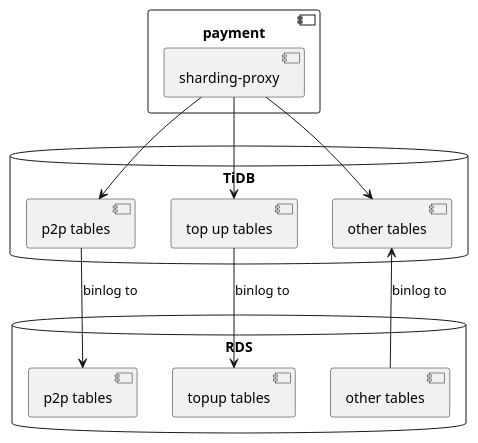
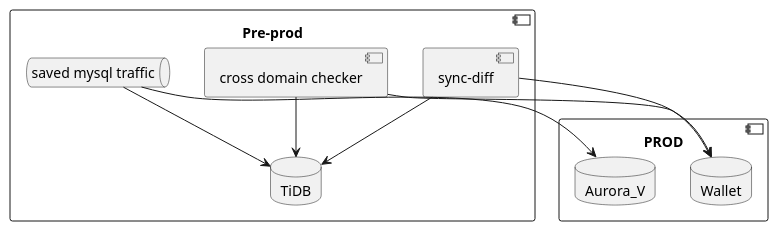
One commit to george24601/notes changed the second of 9 diagrams in mgmt/plan.plantuml. Above: the diagram before and after it, drawn with PlantUML. The commit also changed other lines of this file and 9 other files, not shown here.

```diff
--- a/mgmt/plan.plantuml
+++ b/mgmt/plan.plantuml
@@ -54,26 +38,24 @@
 @startuml
 
-database RDS {
-[p2p tables]
-[topup tables]
-[other tables]
+component [Pre-prod] {
+database TiDB
+queue "saved mysql traffic" as traffic 
+[cross domain checker] as dc
+[sync-diff] as sd
 }
-database TiDB {
-"p2p tables" as [tidb_p2p]
-"top up tables" as [tidb_topup]
-"other tables" as [tidb_others]
+
+component [PROD] {
+database Aurora_V
+database Wallet
 }
 
 
-component [payment] {
-    component [sharding-proxy]
-}
-[sharding-proxy] --> [tidb_others]
-[sharding-proxy] --> [tidb_p2p]
-[sharding-proxy] --> [tidb_topup]
+traffic --> Aurora_V
+traffic --> TiDB
 
-[tidb_p2p] --> [p2p tables] : binlog to
-[tidb_topup] --> [topup tables] : binlog to
-[other tables] --> [tidb_others]: binlog to
+dc --> TiDB
+dc --> Wallet
 
+sd --> TiDB
+sd --> Wallet
 @enduml
```
